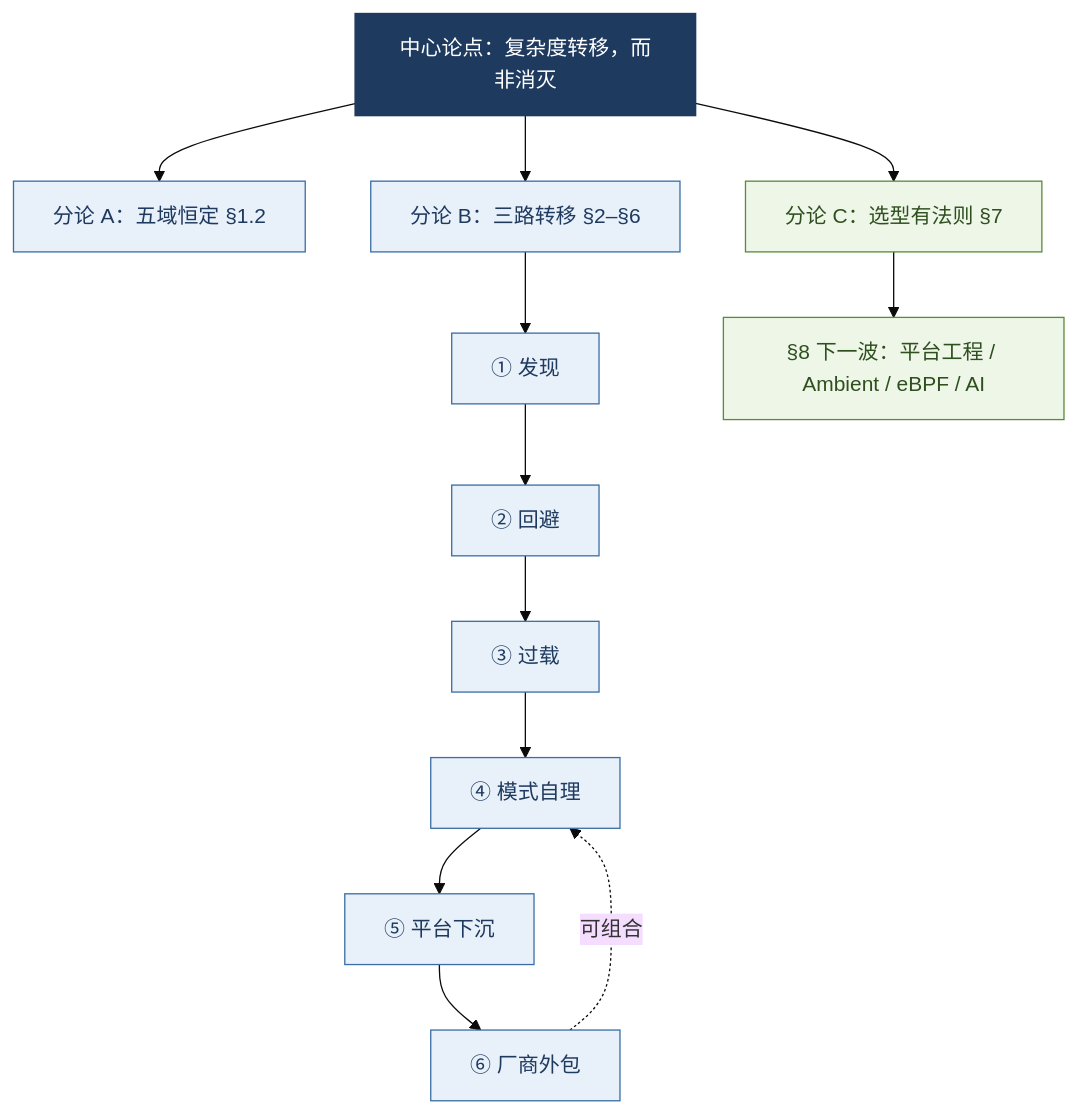
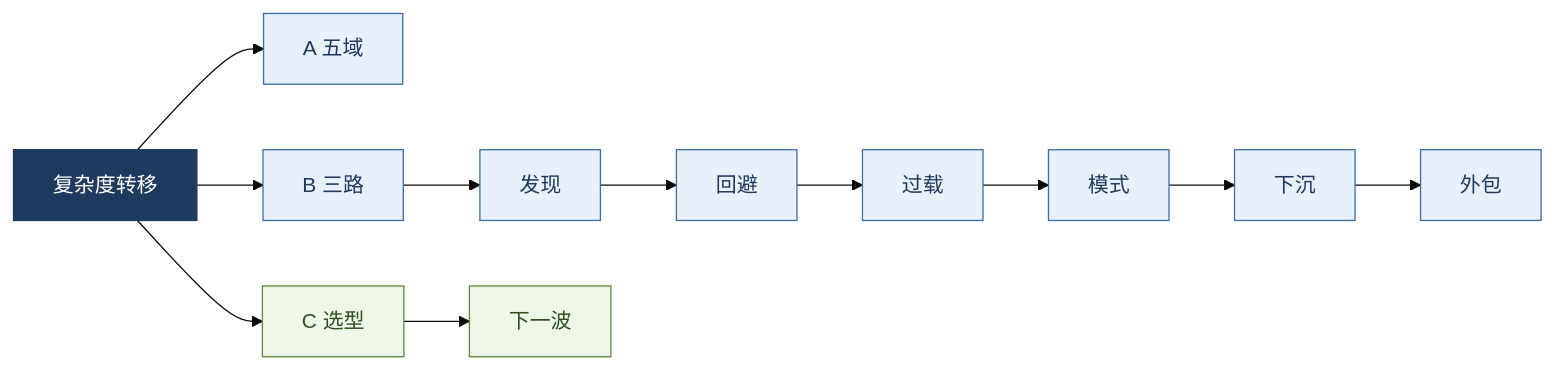
Before and after one commit to xiaxinyu/knowledge_base: the first of 4 diagrams in 20-architecture/21-service-architecture-evolution.md, drawn with Mermaid (base theme). The commit also changed other lines of this file, not shown here.

````diff
--- a/20-architecture/21-service-architecture-evolution.md
+++ b/20-architecture/21-service-architecture-evolution.md
@@ -65,15 +42,9 @@
 ```mermaid
-flowchart TB
+flowchart LR
   classDef thesis fill:#1f3a5f,stroke:#1f3a5f,color:#fff
   classDef era fill:#e8f1fa,stroke:#3b6ea5,color:#1f3a5f
   classDef act fill:#eef6e8,stroke:#5a8a3a,color:#2f4f1f
-
-  T["中心论点：复杂度转移，而非消灭"]:::thesis
-  T --> A1["分论 A：五域恒定 §1.2"]:::era
-  T --> B1["分论 B：三路转移 §2–§6"]:::era
-  T --> C1["分论 C：选型有法则 §7"]:::act
-  B1 --> E1["① 发现"]:::era --> E2["② 回避"]:::era --> E3["③ 过载"]:::era
-  E3 --> E4["④ 模式自理"]:::era --> E5["⑤ 平台下沉"]:::era --> E6["⑥ 厂商外包"]:::era
-  E6 -.->|"可组合"| E4
-  C1 --> F["§8 下一波：平台工程 / Ambient / eBPF / AI"]:::act
+  T["复杂度转移"]:::thesis --> A["A 五域"]:::era & B["B 三路"]:::era & C["C 选型"]:::act
+  B --> E1["发现"]:::era --> E2["回避"]:::era --> E3["过载"]:::era --> E4["模式"]:::era --> E5["下沉"]:::era --> E6["外包"]:::era
+  C --> F["下一波"]:::act
 ```
````
